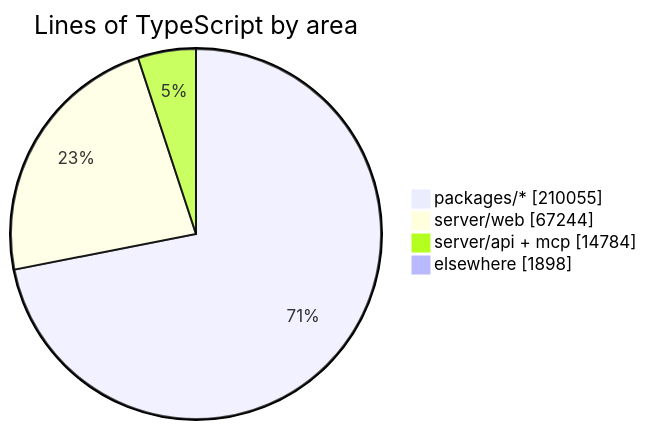
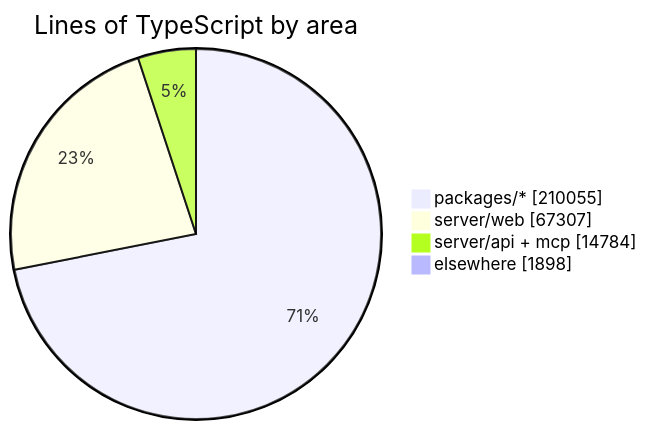
One commit to crossworks-engineering/mantle changed the diagram in README.md. Above: the diagram before and after it, drawn with Mermaid. The commit also changed other lines of this file and 2 other files, not shown here.

````diff
--- a/README.md
+++ b/README.md
@@ -287,7 +287,7 @@
 ```mermaid
 pie showData title Lines of TypeScript by area
     "packages/*" : 210055
-    "server/web" : 67244
+    "server/web" : 67307
     "server/api + mcp" : 14784
     "elsewhere" : 1898
 ```
````
